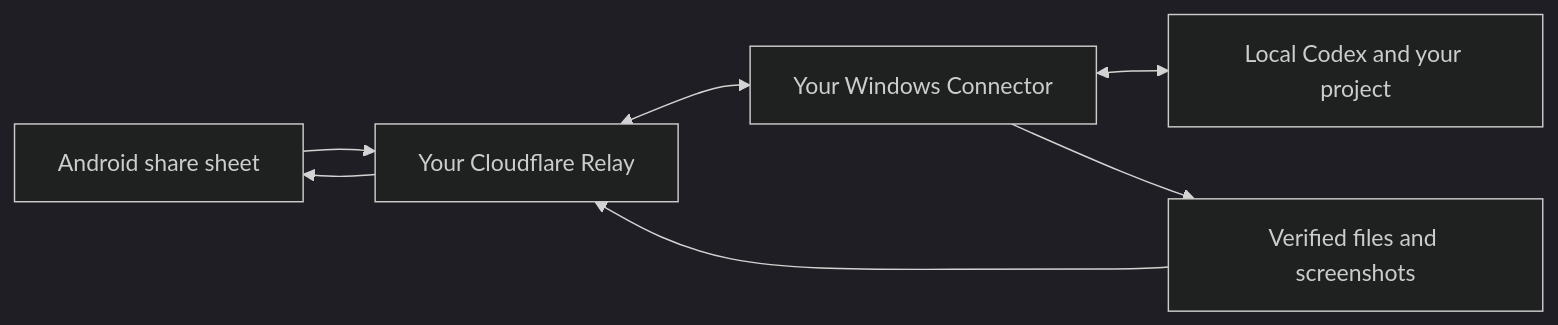
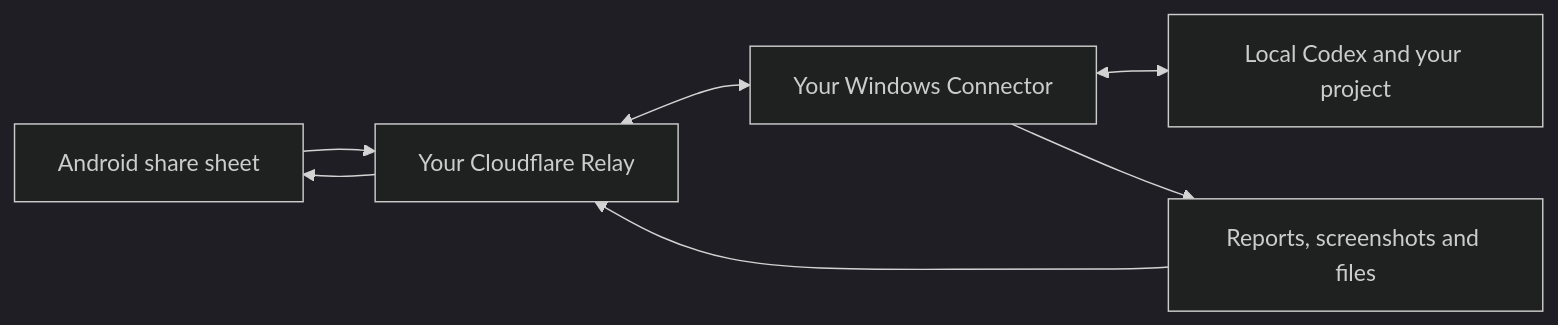
The diagram in README.md (MrMaii/droprun), drawn with Mermaid (dark theme) before and after one commit. The commit also changed other lines of this file and 77 other files, not shown here.

````diff
--- a/README.md
+++ b/README.md
@@ -67,9 +92,9 @@
 ```mermaid
 flowchart LR
   A[Android share sheet] --> R[Your Cloudflare Relay]
   R <--> W[Your Windows Connector]
   W <--> C[Local Codex and your project]
-  W --> E[Verified files and screenshots]
+  W --> E[Reports, screenshots and files]
   E --> R
   R --> A
 ```
````
